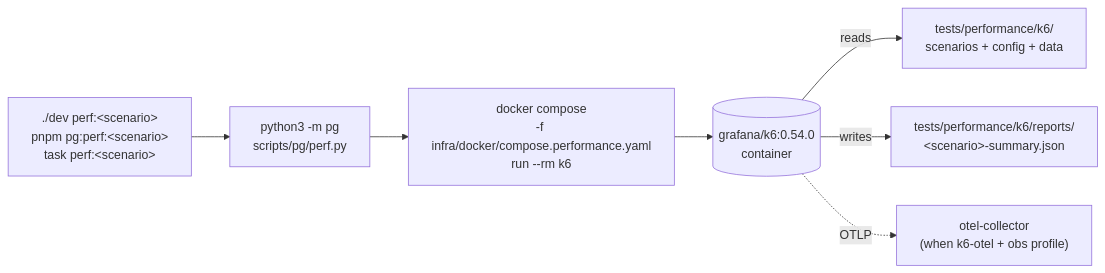
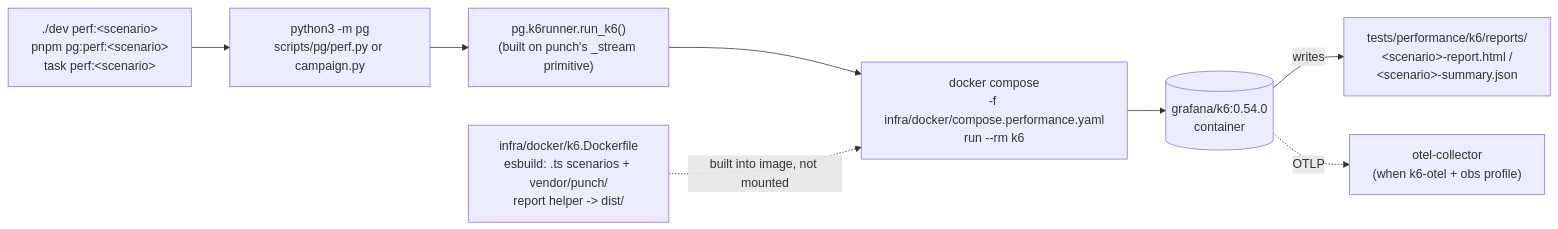
One commit to nicopizar00/expresso-engineering-playground changed the diagram in docs/performance/orchestrator.md. Above: the diagram before and after it, drawn with Mermaid. The commit also changed other lines of this file and 1 other file, not shown here.

Commit message:
docs(performance): document the punch submodule integration, retire the subtree references

````diff
--- a/docs/performance/orchestrator.md
+++ b/docs/performance/orchestrator.md
@@ -28,9 +28,10 @@
 ```mermaid
 flowchart LR
-  Dev["./dev perf:&lt;scenario&gt;<br/>pnpm pg:perf:&lt;scenario&gt;<br/>task perf:&lt;scenario&gt;"] --> Py["python3 -m pg<br/>scripts/pg/perf.py"]
-  Py --> Compose["docker compose<br/>-f infra/docker/compose.performance.yaml<br/>run --rm k6"]
+  Dev["./dev perf:&lt;scenario&gt;<br/>pnpm pg:perf:&lt;scenario&gt;<br/>task perf:&lt;scenario&gt;"] --> Py["python3 -m pg<br/>scripts/pg/perf.py or campaign.py"]
+  Py --> Runner["pg.k6runner.run_k6()<br/>(built on punch's _stream primitive)"]
+  Runner --> Compose["docker compose<br/>-f infra/docker/compose.performance.yaml<br/>run --rm k6"]
+  Build["infra/docker/k6.Dockerfile<br/>esbuild: .ts scenarios + vendor/punch/<br/>report helper -&gt; dist/"] -.->|built into image, not mounted| Compose
   Compose --> K6[("grafana/k6:0.54.0<br/>container")]
-  K6 -->|reads| Scripts["tests/performance/k6/<br/>scenarios + config + data"]
-  K6 -->|writes| Reports["tests/performance/k6/reports/<br/>&lt;scenario&gt;-summary.json"]
+  K6 -->|writes| Reports["tests/performance/k6/reports/<br/>&lt;scenario&gt;-report.html /<br/>&lt;scenario&gt;-summary.json"]
   K6 -. OTLP .-> OTEL["otel-collector<br/>(when k6-otel + obs profile)"]
 ```
````
